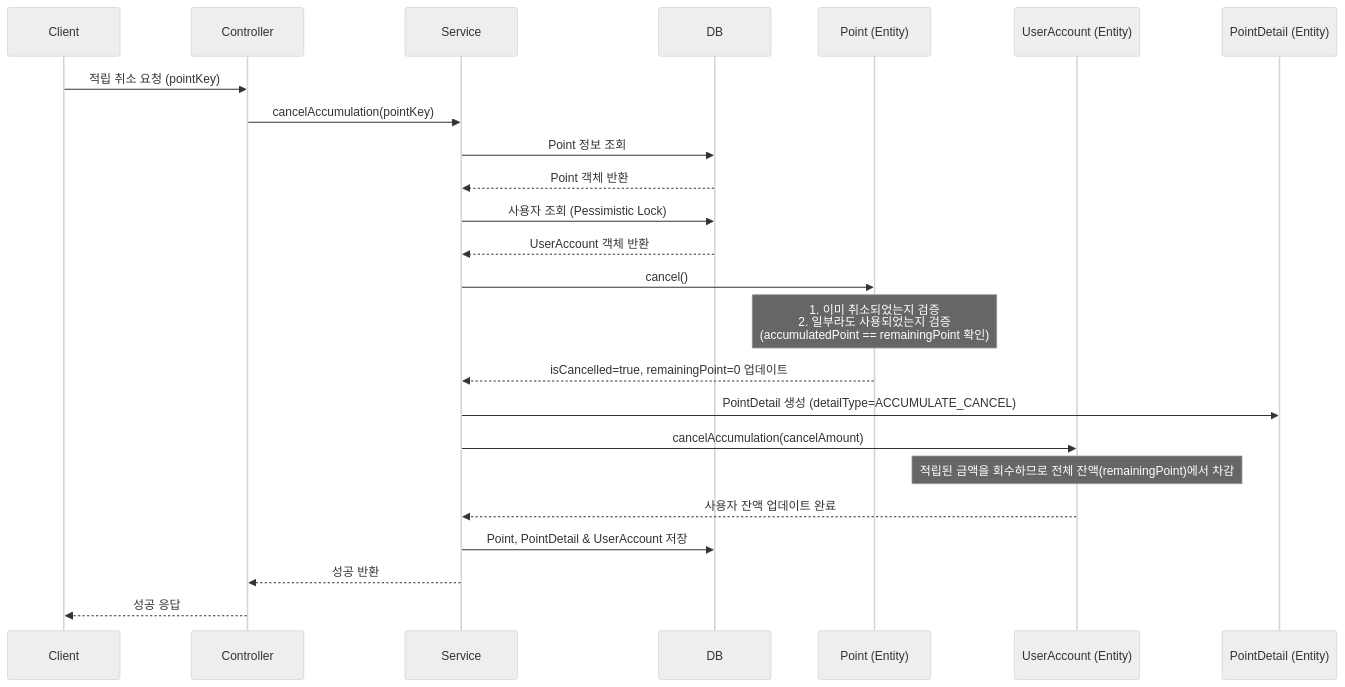
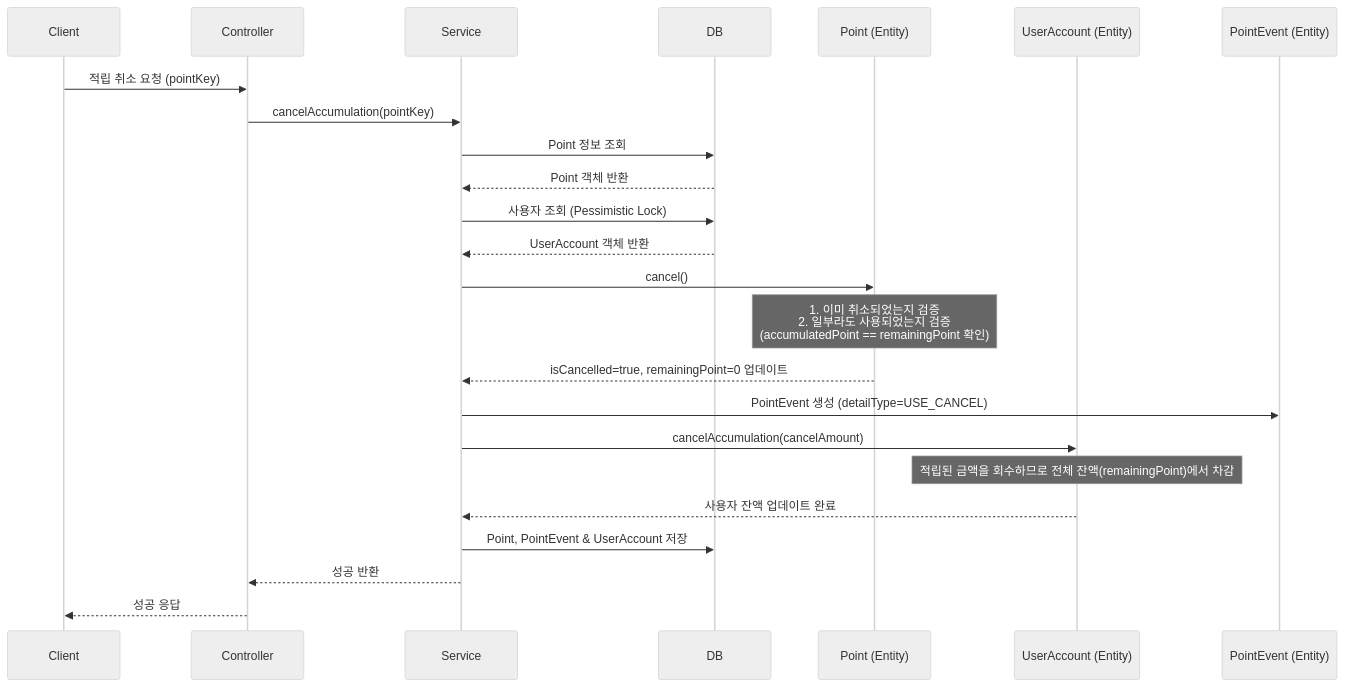
Before and after one commit to muzzaiwork/point: the diagram in docs/api/적립 취소.md, drawn with Mermaid (neutral theme). The commit also changed 15 other files, not shown here.

Commit message:
PointEvent 도입 및 rootPointId 추가 등 설계 변경 사항 반영

````diff
--- a/docs/api/적립 취소.md
+++ b/docs/api/적립 취소.md
@@ -52,32 +52,32 @@
 ```mermaid
 sequenceDiagram
     participant Client
     participant Controller
     participant Service
     participant DB
     participant PointEntity as Point (Entity)
     participant UserAccountEntity as UserAccount (Entity)
-    participant DetailEntity as PointDetail (Entity)
+    participant EventEntity as PointEvent (Entity)
 
     Client->>Controller: 적립 취소 요청 (pointKey)
     Controller->>Service: cancelAccumulation(pointKey)
     Service->>DB: Point 정보 조회
     DB-->>Service: Point 객체 반환
     
     Service->>DB: 사용자 조회 (Pessimistic Lock)
     DB-->>Service: UserAccount 객체 반환
     
     Service->>PointEntity: cancel()
     Note over PointEntity: 1. 이미 취소되었는지 검증<br/>2. 일부라도 사용되었는지 검증<br/>(accumulatedPoint == remainingPoint 확인)
     PointEntity-->>Service: isCancelled=true, remainingPoint=0 업데이트
 
-    Service->>DetailEntity: PointDetail 생성 (detailType=ACCUMULATE_CANCEL)
+    Service->>EventEntity: PointEvent 생성 (detailType=USE_CANCEL)
     
     Service->>UserAccountEntity: cancelAccumulation(cancelAmount)
     Note over UserAccountEntity: 적립된 금액을 회수하므로 전체 잔액(remainingPoint)에서 차감
     UserAccountEntity-->>Service: 사용자 잔액 업데이트 완료
     
-    Service->>DB: Point, PointDetail & UserAccount 저장
+    Service->>DB: Point, PointEvent & UserAccount 저장
     Service-->>Controller: 성공 반환
     Controller-->>Client: 성공 응답
 ```
````
